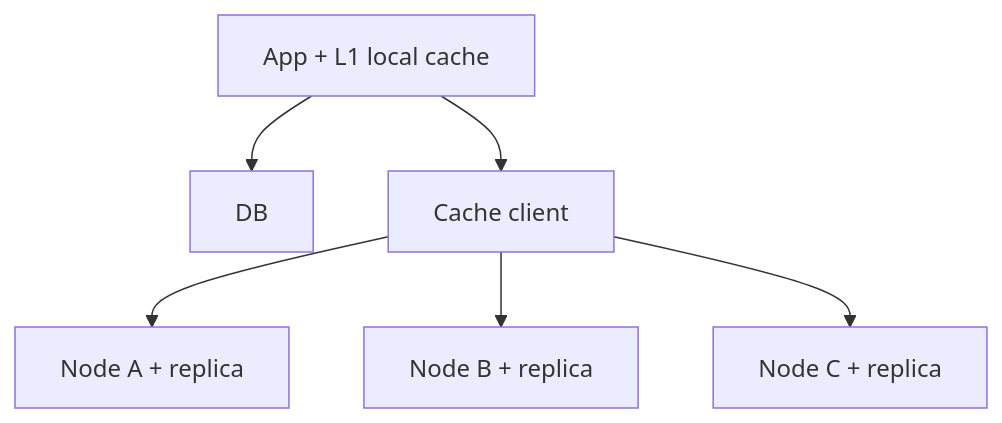
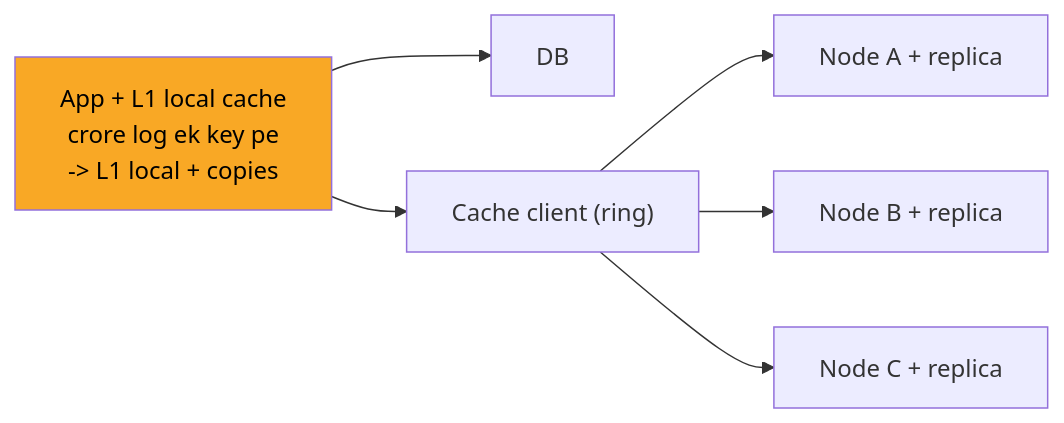
The seventh of 8 diagrams in 04_HLD/SYSTEM_DESIGNS/10_distributed_cache/10_distributed_cache.md (ArpanMaheshwari144/Prep), drawn with Mermaid before and after one commit. The commit also changed other lines of this file and 2 other files, not shown here.

Commit message:
news, bookmyshow, cache: one-day story, short cards, follow-ups with rules, highlighted diagrams

````diff
--- a/04_HLD/SYSTEM_DESIGNS/10_distributed_cache/10_distributed_cache.md
+++ b/04_HLD/SYSTEM_DESIGNS/10_distributed_cache/10_distributed_cache.md
@@ -299,14 +289,15 @@
 ```mermaid
-flowchart TD
-    n_App_L1_local_cache["App + L1 local cache"]
+flowchart LR
+    n_App_L1_local_cache["App + L1 local cache<br/>crore log ek key pe<br/>-> L1 local + copies"]
     n_DB["DB"]
-    n_Cache_client["Cache client"]
+    n_Cache_client["Cache client (ring)"]
     n_Node_A_replica["Node A + replica"]
     n_Node_B_replica["Node B + replica"]
     n_Node_C_replica["Node C + replica"]
     n_App_L1_local_cache --> n_DB
     n_App_L1_local_cache --> n_Cache_client
     n_Cache_client --> n_Node_A_replica
     n_Cache_client --> n_Node_B_replica
     n_Cache_client --> n_Node_C_replica
+    style n_App_L1_local_cache fill:#f9a825,color:#000
 ```
````
